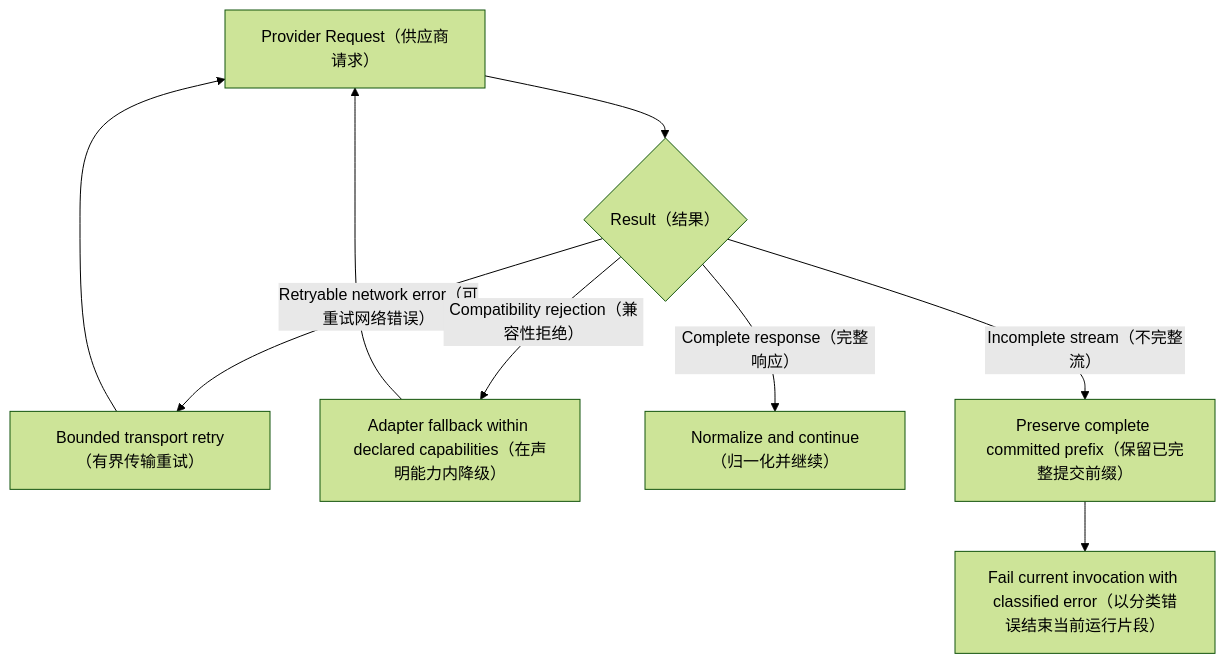
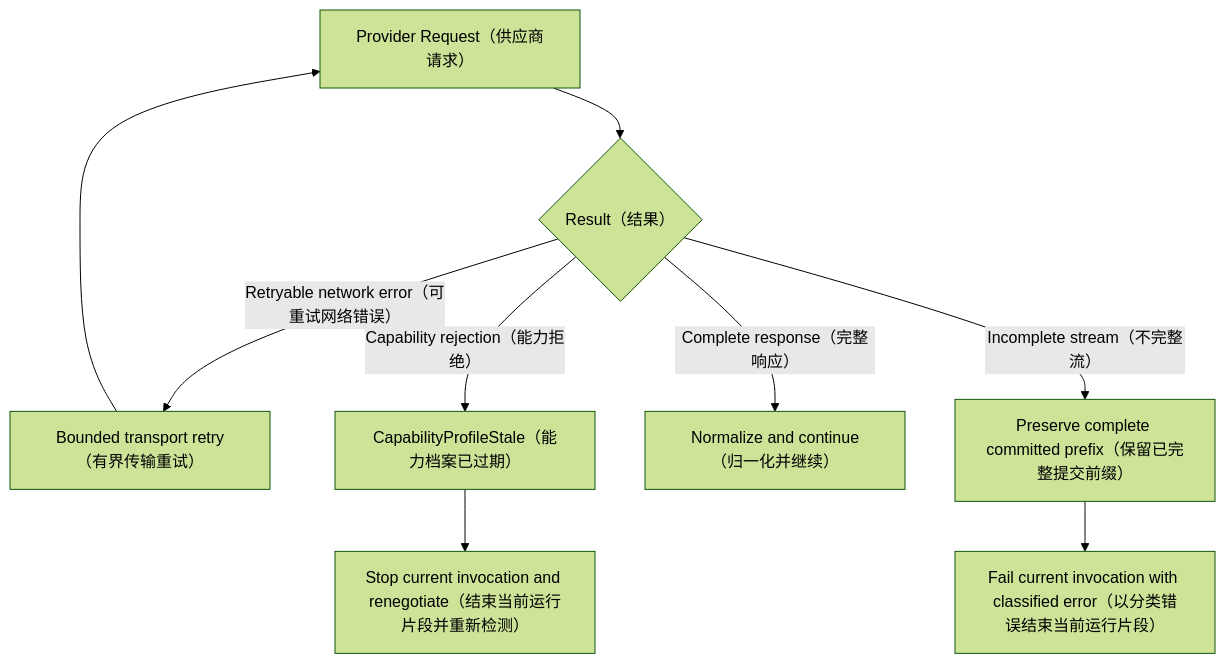
Diagram 21 of 28 in docs/agent-core-target-architecture-refactor-zh-cn.md (StagoMax/OpenTopia), drawn with Mermaid (forest theme) before and after one commit. The commit also changed other lines of this file and 6 other files, not shown here.

First line of the commit message:
docs(agent): align architecture with collaboration runtime

````diff
--- a/docs/agent-core-target-architecture-refactor-zh-cn.md
+++ b/docs/agent-core-target-architecture-refactor-zh-cn.md
@@ -1354,11 +1410,11 @@
 ```mermaid
 flowchart TD
     R["Provider Request（供应商请求）"] --> E{"Result（结果）"}
     E -->|Retryable network error（可重试网络错误）| RT["Bounded transport retry（有界传输重试）"]
     RT --> R
-    E -->|Compatibility rejection（兼容性拒绝）| FB["Adapter fallback within declared capabilities（在声明能力内降级）"]
-    FB --> R
+    E -->|Capability rejection（能力拒绝）| ST["CapabilityProfileStale（能力档案已过期）"]
+    ST --> NP["Stop current invocation and renegotiate（结束当前运行片段并重新检测）"]
     E -->|Complete response（完整响应）| N["Normalize and continue（归一化并继续）"]
     E -->|Incomplete stream（不完整流）| P["Preserve complete committed prefix（保留已完整提交前缀）"]
     P --> F["Fail current invocation with classified error（以分类错误结束当前运行片段）"]
 ```
````
